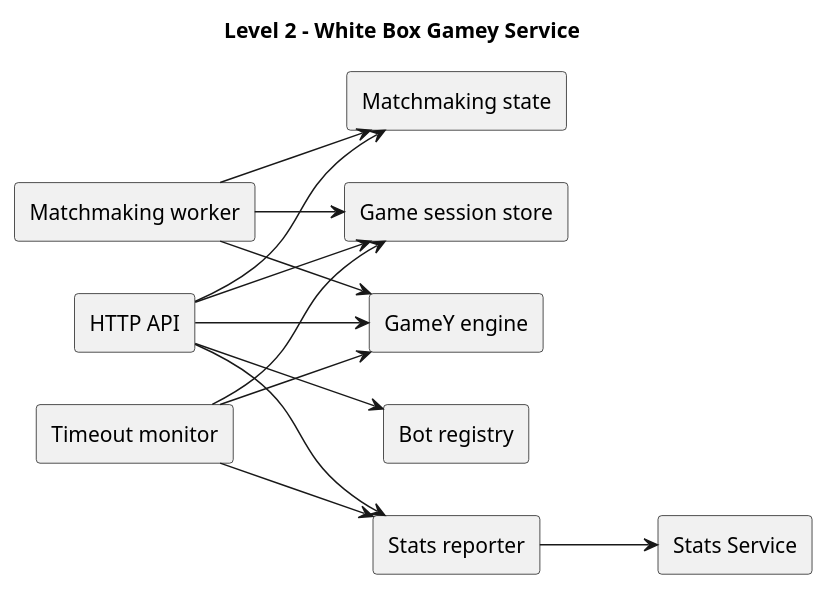
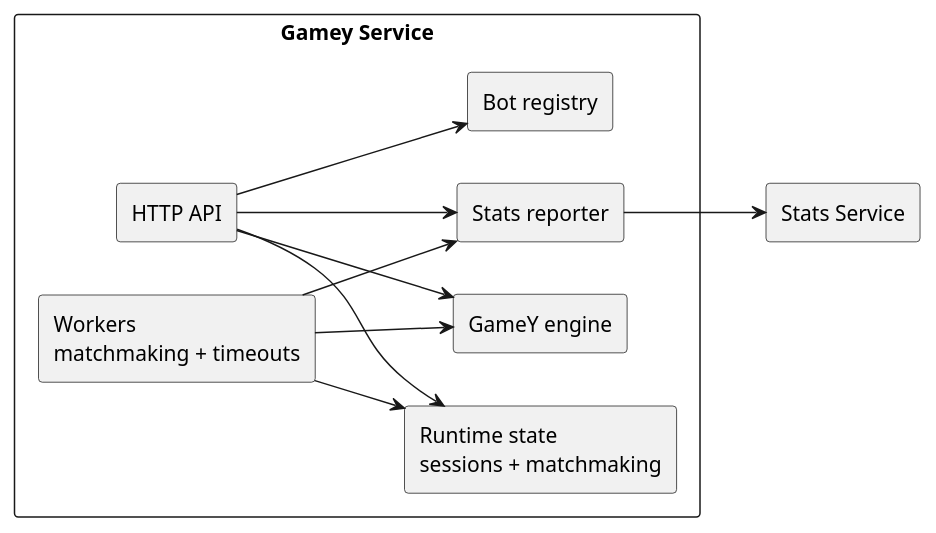
The fourth of 5 diagrams in docs/src/05_building_block_view.adoc (Arquisoft/yovi_es4b), drawn with PlantUML before and after one commit. The commit also changed other lines of this file and 26 other files, not shown here.

```diff
--- a/docs/src/05_building_block_view.adoc
+++ b/docs/src/05_building_block_view.adoc
@@ -281,31 +295,29 @@
-[plantuml,"05_level2_gamey",png]
+[plantuml,"05_level2_gamey_whitebox",png]
 ----
 @startuml
-title Level 2 - White Box Gamey Service
 left to right direction
-skinparam componentStyle rectangle
+skinparam shadowing false
+skinparam monochrome true
+skinparam defaultFontName Arial
 
-component "HTTP API" as Api
-component "Game session store" as Sessions
-component "Matchmaking state" as Matchmaking
-component "Matchmaking worker" as Worker
-component "Timeout monitor" as Monitor
-component "GameY engine" as Engine
-component "Bot registry" as Bots
-component "Stats reporter" as Reporter
-component "Stats Service" as Stats
+rectangle "Gamey Service" {
+  rectangle "HTTP API" as Api
+  rectangle "Runtime state\nsessions + matchmaking" as State
+  rectangle "GameY engine" as Engine
+  rectangle "Workers\nmatchmaking + timeouts" as Workers
+  rectangle "Bot registry" as Bots
+  rectangle "Stats reporter" as Reporter
+}
 
-Api --> Sessions
-Api --> Matchmaking
+rectangle "Stats Service" as Stats
+
+Api --> State
 Api --> Engine
 Api --> Bots
 Api --> Reporter
-Worker --> Matchmaking
-Worker --> Sessions
-Worker --> Engine
-Monitor --> Sessions
-Monitor --> Engine
-Monitor --> Reporter
+Workers --> State
+Workers --> Engine
+Workers --> Reporter
 Reporter --> Stats
 @enduml
 ----
```
